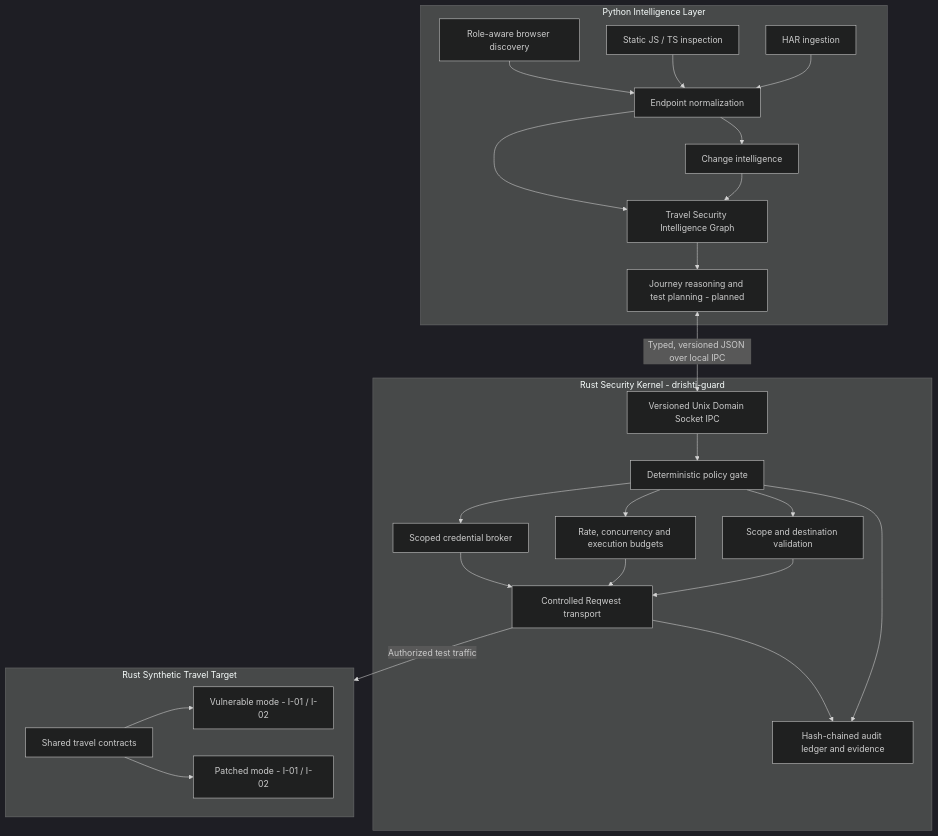
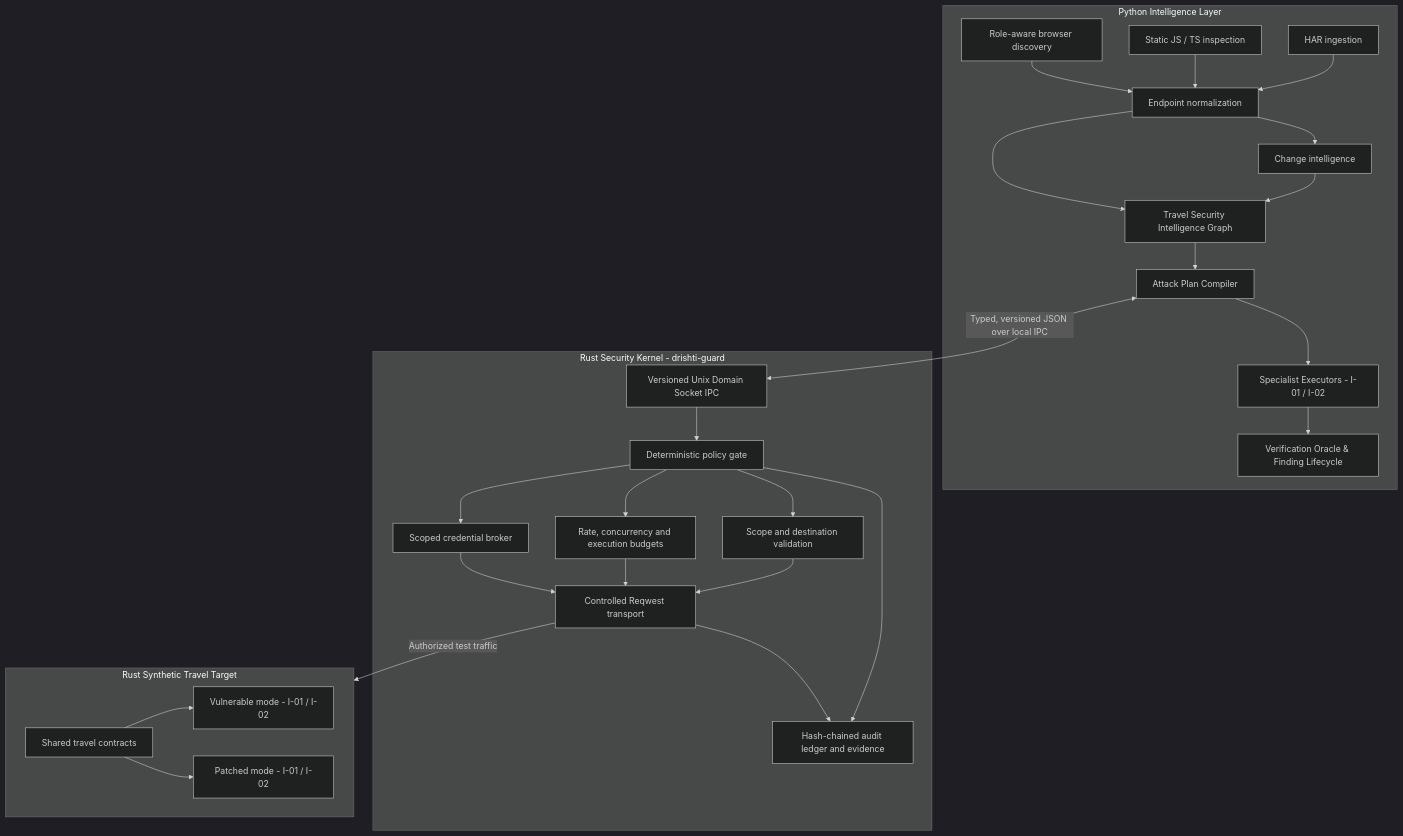
The diagram in README.md (Rajatjyoti-arch/drishti-ai), drawn with Mermaid (dark theme) before and after one commit. The commit also changed other lines of this file and 16 other files, not shown here.

Commit message:
feat(verifier): implement independent verification oracle, evidence audit, and finding lifecycle (239 tests)

````diff
--- a/README.md
+++ b/README.md
@@ -53,49 +53,53 @@
 ```mermaid
 flowchart TB
     subgraph PY[Python Intelligence Layer]
         HAR[HAR ingestion]
         BUNDLE[Static JS / TS inspection]
         NORM[Endpoint normalization]
         CHANGE[Change intelligence]
         CRAWL[Role-aware browser discovery]
         GRAPH[Travel Security Intelligence Graph]
-        PLANNER[Journey reasoning and test planning - planned]
+        PLANNER[Attack Plan Compiler]
+        EXEC[Specialist Executors - I-01 / I-02]
+        ORACLE[Verification Oracle & Finding Lifecycle]
         HAR --> NORM
         BUNDLE --> NORM
         NORM --> CHANGE
         CRAWL --> NORM
         CHANGE --> GRAPH
         NORM --> GRAPH
         GRAPH --> PLANNER
+        PLANNER --> EXEC
+        EXEC --> ORACLE
     end
 
     subgraph GUARD[Rust Security Kernel - drishti-guard]
         IPC[Versioned Unix Domain Socket IPC]
         GATE[Deterministic policy gate]
         SCOPE[Scope and destination validation]
         BUDGET[Rate, concurrency and execution budgets]
         CREDS[Scoped credential broker]
         HTTP[Controlled Reqwest transport]
         AUDIT[Hash-chained audit ledger and evidence]
         IPC --> GATE
         GATE --> SCOPE
         GATE --> BUDGET
         GATE --> CREDS
         GATE --> AUDIT
         SCOPE --> HTTP
         BUDGET --> HTTP
         CREDS --> HTTP
         HTTP --> AUDIT
     end
 
     subgraph TARGET[Rust Synthetic Travel Target]
         CONTRACT[Shared travel contracts]
         VULN[Vulnerable mode - I-01 / I-02]
         PATCH[Patched mode - I-01 / I-02]
         CONTRACT --> VULN
         CONTRACT --> PATCH
     end
 
     PLANNER <-->|Typed, versioned JSON over local IPC| IPC
     HTTP -->|Authorized test traffic| TARGET
 ```
````
